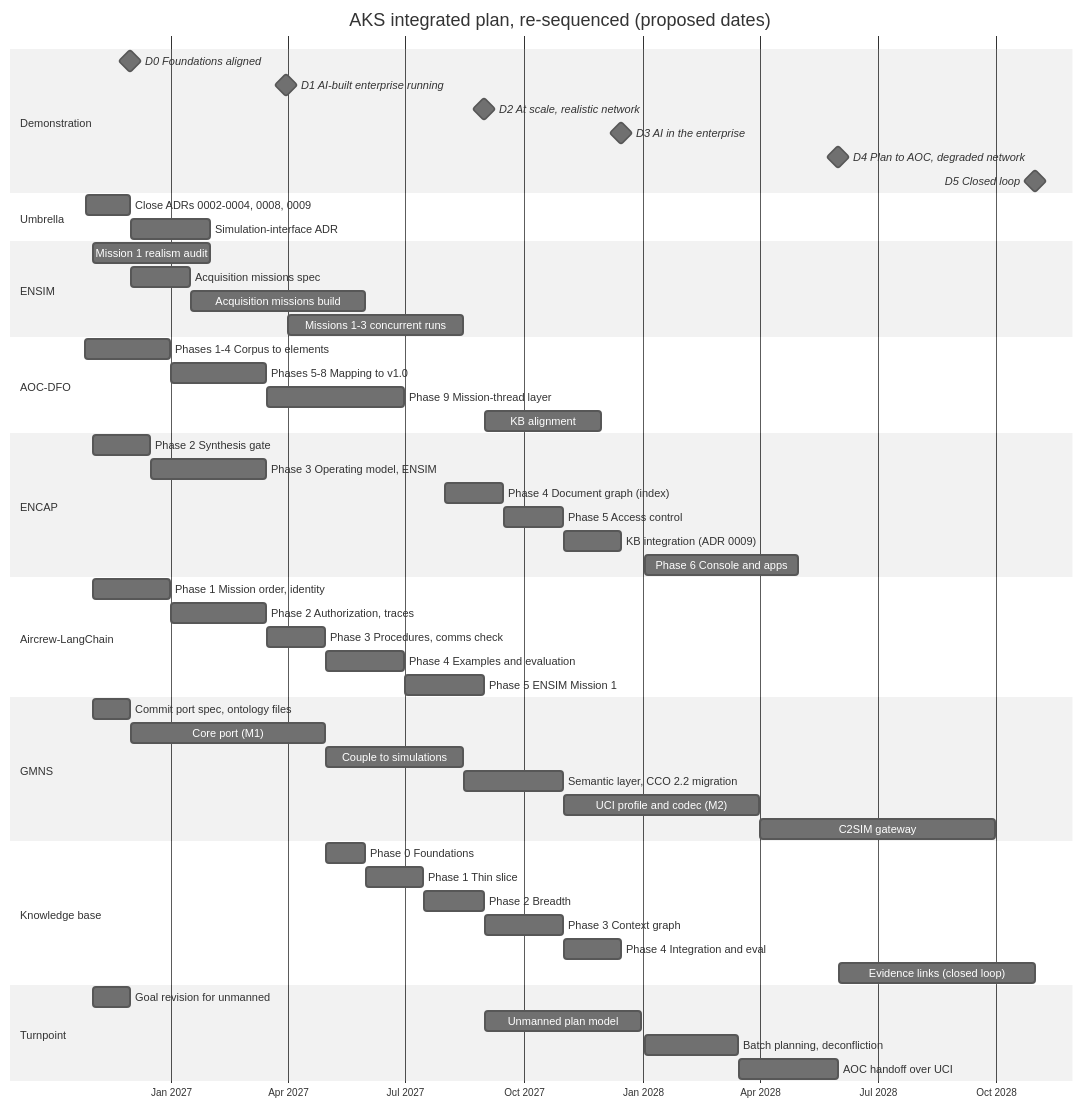
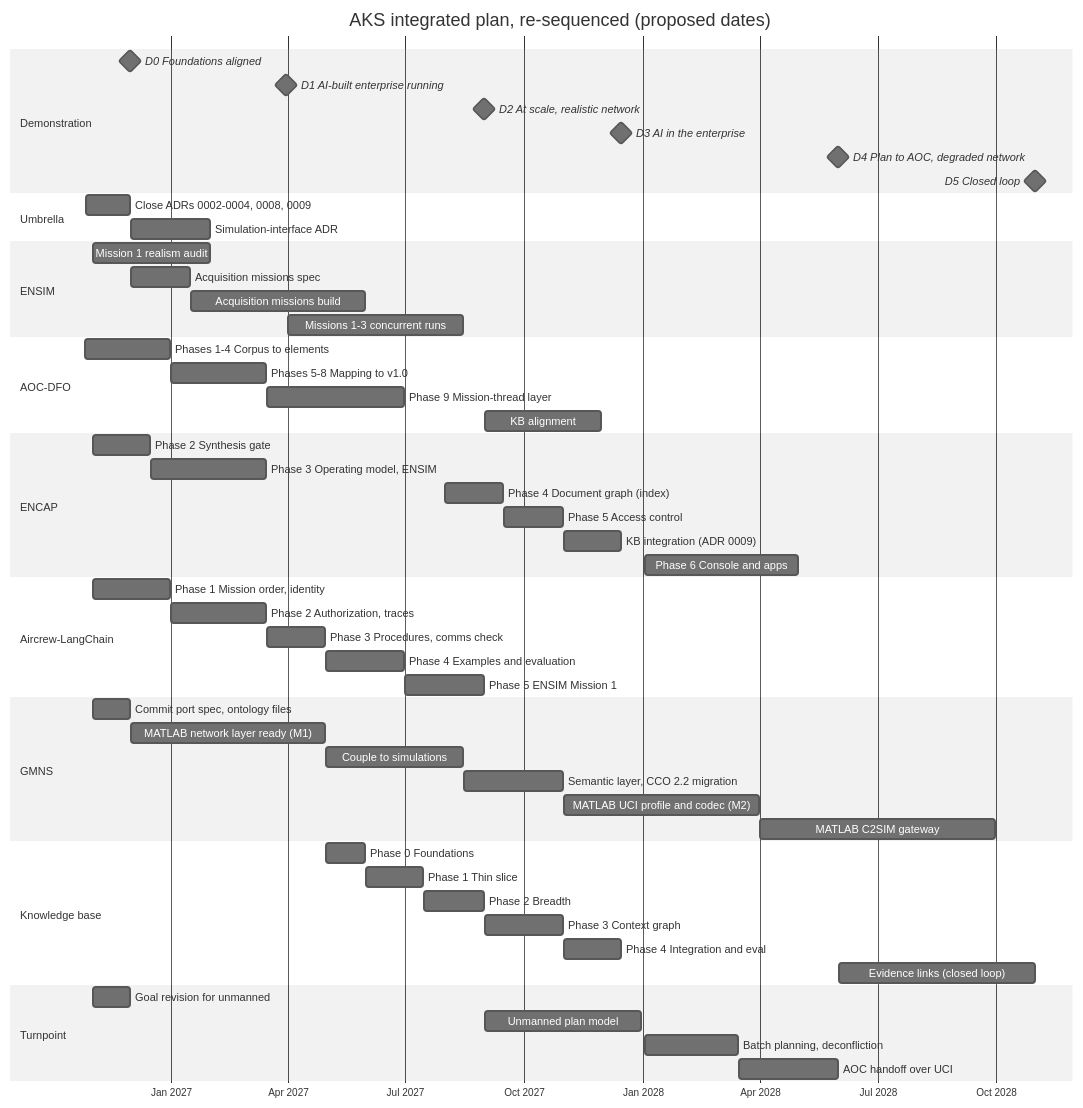
The first of 2 diagrams in docs/integrated-plan.md (semanticarchitectures/acquisition-knowledge-system), drawn with Mermaid (neutral theme) before and after one commit. The commit also changed other lines of this file and 5 other files, not shown here.

````diff
--- a/docs/integrated-plan.md
+++ b/docs/integrated-plan.md
@@ -47,67 +47,67 @@
 ```mermaid
 gantt
   title AKS integrated plan, re-sequenced (proposed dates)
   dateFormat YYYY-MM-DD
   axisFormat %b %Y
 
   section Demonstration
   D0 Foundations aligned            :milestone, d0, 2026-11-30, 0d
   D1 AI-built enterprise running    :milestone, d1, 2027-03-31, 0d
   D2 At scale, realistic network    :milestone, d2, 2027-08-31, 0d
   D3 AI in the enterprise           :milestone, d3, 2027-12-15, 0d
   D4 Plan to AOC, degraded network  :milestone, d4, 2028-05-31, 0d
   D5 Closed loop                    :milestone, d5, 2028-10-31, 0d
 
   section Umbrella
   Close ADRs 0002-0004, 0008, 0009  :u1, 2026-10-27, 2026-11-30
   Simulation-interface ADR          :u2, 2026-12-01, 2027-01-31
 
   section ENSIM
   Mission 1 realism audit           :en0, 2026-11-01, 2027-01-31
   Acquisition missions spec         :en1, 2026-12-01, 2027-01-15
   Acquisition missions build        :en2, 2027-01-16, 2027-05-31
   Missions 1-3 concurrent runs      :en3, 2027-04-01, 2027-08-15
 
   section AOC-DFO
   Phases 1-4 Corpus to elements     :ao1, 2026-10-26, 2026-12-31
   Phases 5-8 Mapping to v1.0        :ao2, 2027-01-01, 2027-03-15
   Phase 9 Mission-thread layer      :ao3, 2027-03-16, 2027-06-30
   KB alignment                      :ao4, 2027-09-01, 2027-11-30
 
   section ENCAP
   Phase 2 Synthesis gate            :ec2, 2026-11-01, 2026-12-15
   Phase 3 Operating model, ENSIM    :ec3, 2026-12-16, 2027-03-15
   Phase 4 Document graph (index)    :ec4, 2027-08-01, 2027-09-15
   Phase 5 Access control            :ec5, 2027-09-16, 2027-10-31
   KB integration (ADR 0009)         :ec6, 2027-11-01, 2027-12-15
   Phase 6 Console and apps          :ec7, 2028-01-03, 2028-04-30
 
   section Aircrew-LangChain
   Phase 1 Mission order, identity   :al1, 2026-11-01, 2026-12-31
   Phase 2 Authorization, traces     :al2, 2027-01-01, 2027-03-15
   Phase 3 Procedures, comms check   :al3, 2027-03-16, 2027-04-30
   Phase 4 Examples and evaluation   :al4, 2027-05-01, 2027-06-30
   Phase 5 ENSIM Mission 1           :al5, 2027-07-01, 2027-08-31
 
   section GMNS
   Commit port spec, ontology files  :gm0, 2026-11-01, 2026-11-30
-  Core port (M1)                    :gm1, 2026-12-01, 2027-04-30
+  MATLAB network layer ready (M1)   :gm1, 2026-12-01, 2027-04-30
   Couple to simulations             :gm2, 2027-05-01, 2027-08-15
   Semantic layer, CCO 2.2 migration :gm3, 2027-08-16, 2027-10-31
-  UCI profile and codec (M2)        :gm4, 2027-11-01, 2028-03-31
-  C2SIM gateway                     :gm5, 2028-04-01, 2028-09-30
+  MATLAB UCI profile and codec (M2) :gm4, 2027-11-01, 2028-03-31
+  MATLAB C2SIM gateway              :gm5, 2028-04-01, 2028-09-30
 
   section Knowledge base
   Phase 0 Foundations               :kb0, 2027-05-01, 2027-05-31
   Phase 1 Thin slice                :kb1, 2027-06-01, 2027-07-15
   Phase 2 Breadth                   :kb2, 2027-07-16, 2027-08-31
   Phase 3 Context graph             :kb3, 2027-09-01, 2027-10-31
   Phase 4 Integration and eval      :kb4, 2027-11-01, 2027-12-15
   Evidence links (closed loop)      :kb5, 2028-06-01, 2028-10-31
 
   section Turnpoint
   Goal revision for unmanned        :tp0, 2026-11-01, 2026-11-30
   Unmanned plan model               :tp1, 2027-09-01, 2027-12-31
   Batch planning, deconfliction     :tp2, 2028-01-03, 2028-03-15
   AOC handoff over UCI              :tp3, 2028-03-16, 2028-05-31
 ```
````
